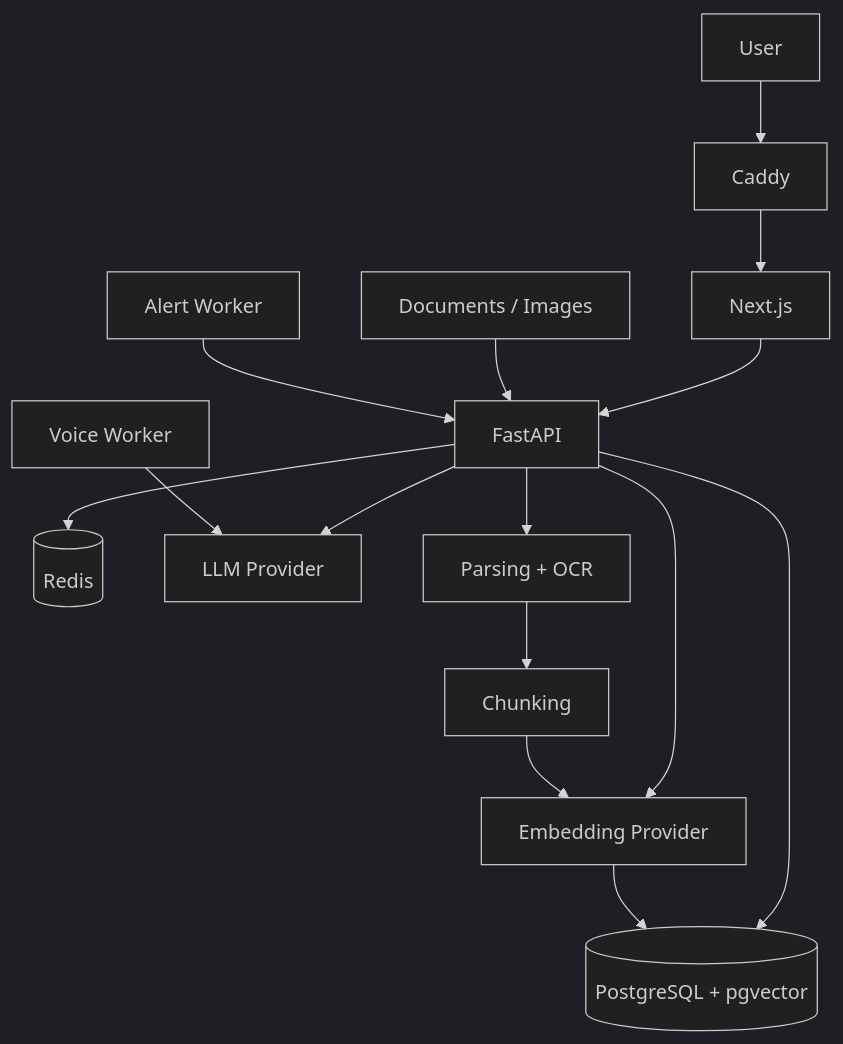
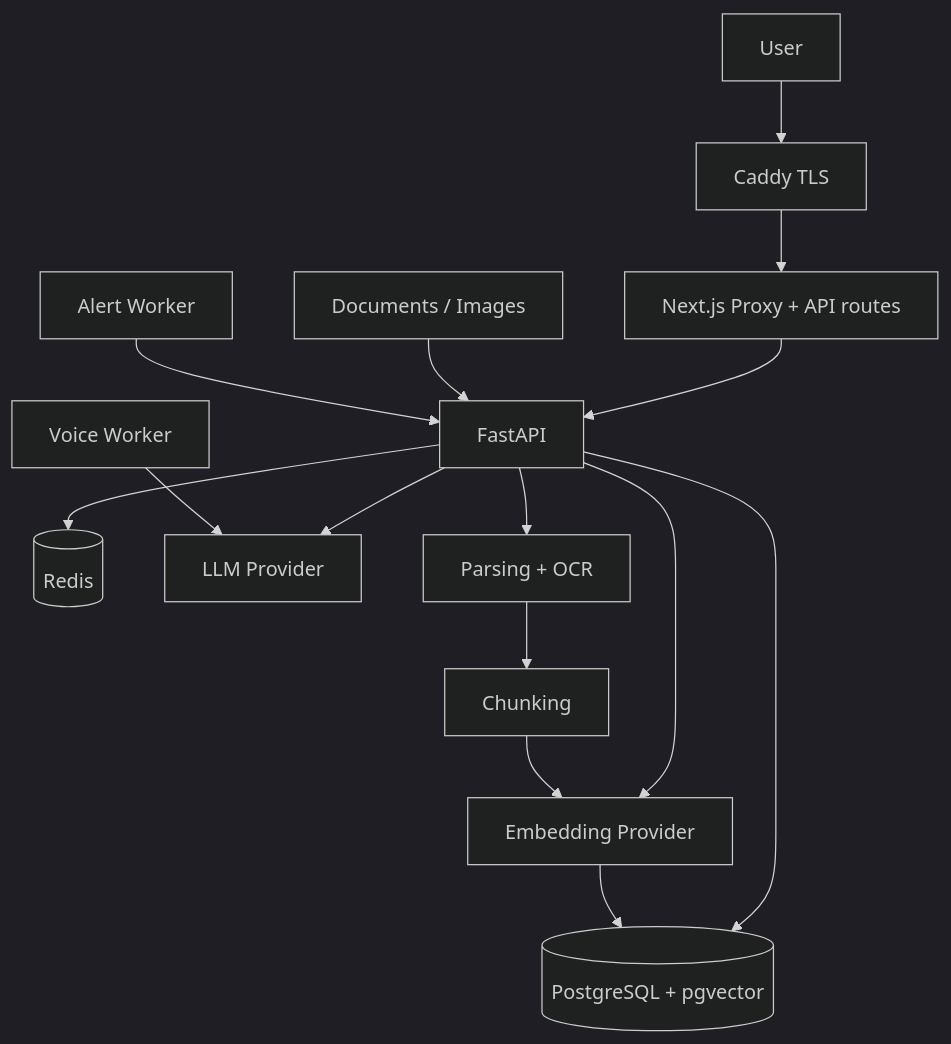
One commit to naim-munshi/aqlyra-rag-ai changed the first of 4 diagrams in docs/ARCHITECTURE.md. Above: the diagram before and after it, drawn with Mermaid (dark theme). The commit also changed other lines of this file and 5 other files, not shown here.

````diff
--- a/docs/ARCHITECTURE.md
+++ b/docs/ARCHITECTURE.md
@@ -16,20 +16,20 @@
 ```mermaid
 flowchart TB
-    U[User] --> C[Caddy]
-    C --> F[Next.js]
+    U[User] --> C[Caddy TLS]
+    C --> F[Next.js Proxy + API routes]
     F --> B[FastAPI]
 
     B --> PG[(PostgreSQL + pgvector)]
     B --> R[(Redis)]
     B --> L[LLM Provider]
     B --> E[Embedding Provider]
 
     D[Documents / Images] --> B
     B --> P[Parsing + OCR]
     P --> CH[Chunking]
     CH --> E
     E --> PG
 
     VW[Voice Worker] --> L
     AW[Alert Worker] --> B
 ```
````
